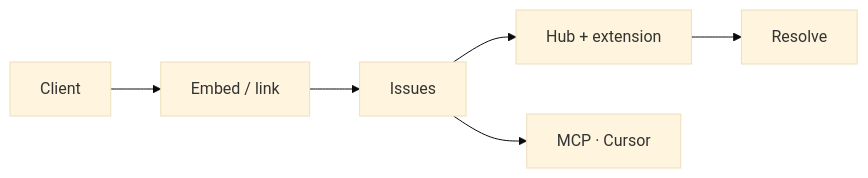
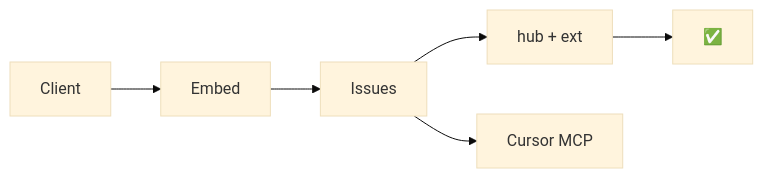
Before and after one commit to hrushikeshvetagiri-tweak/hrushikeshvetagiri-tweak: the diagram in README.minimal.md, drawn with Mermaid (base theme). The commit also changed other lines of this file and 2 other files, not shown here.

First line of the commit message:
Simplify profile README: native GitHub styling, no banner.

````diff
--- a/README.minimal.md
+++ b/README.minimal.md
@@ -34,8 +16,5 @@
 ```mermaid
 flowchart LR
-  Client --> Embed["Embed / link"]
-  Embed --> Issues["Issues"]
-  Issues --> Dev["Hub + extension"]
-  Issues --> MCP["MCP · Cursor"]
-  Dev --> Ship["Resolve"]
+  Client --> Embed --> Issues --> Dev["hub + ext"] --> Ship["✅"]
+  Issues --> MCP["Cursor MCP"]
 ```
````
